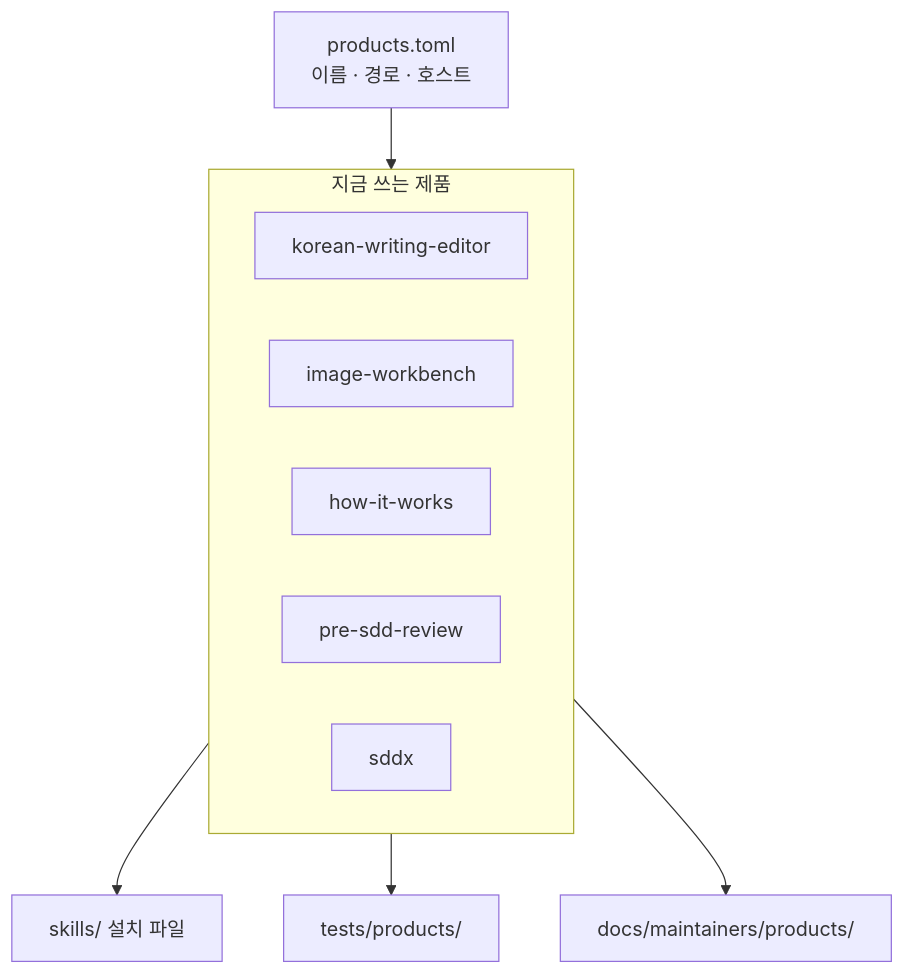
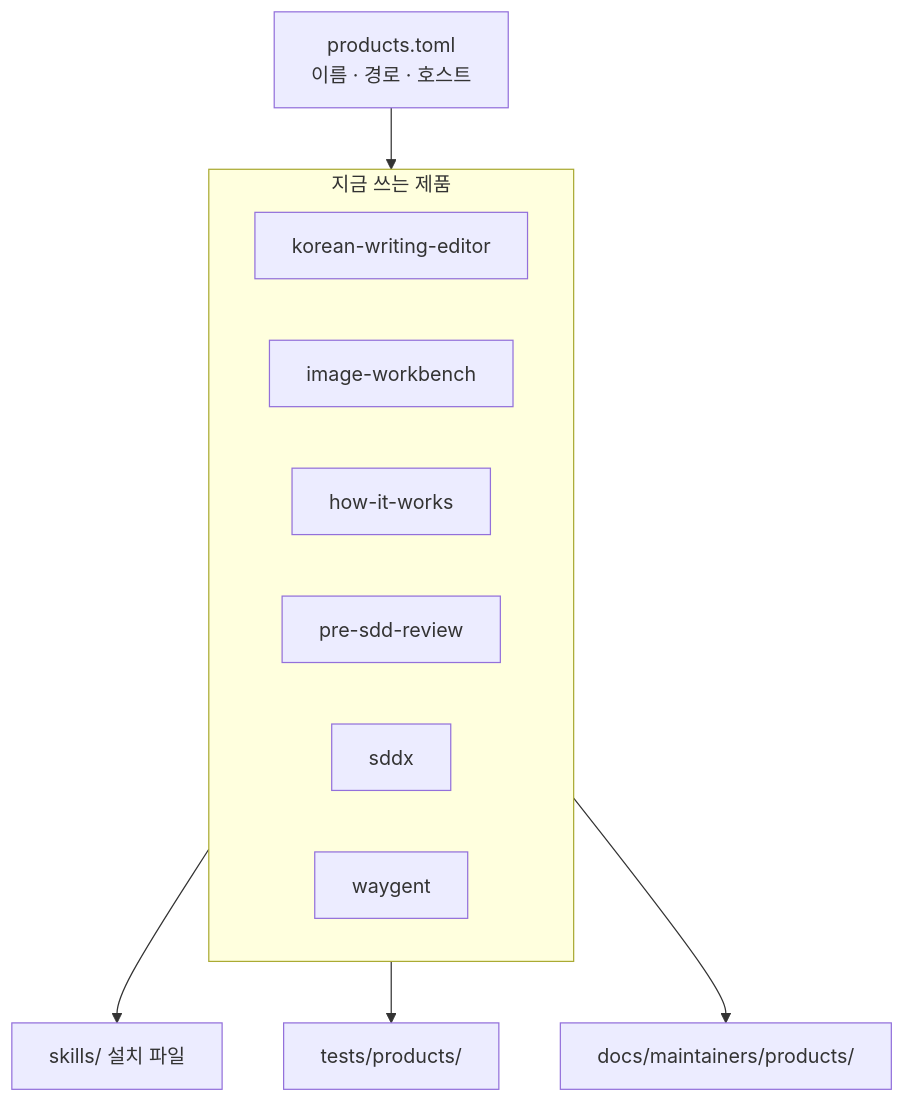
Before and after one commit to beyondwin/skills: the diagram in docs/maintainers/repository/architecture.md, drawn with Mermaid. The commit also changed other lines of this file and 43 other files, not shown here.

````diff
--- a/docs/maintainers/repository/architecture.md
+++ b/docs/maintainers/repository/architecture.md
@@ -12,15 +12,16 @@
 ```mermaid
 flowchart TB
   R["products.toml<br/>이름 · 경로 · 호스트"]
   subgraph live ["지금 쓰는 제품"]
     K[korean-writing-editor]
     I[image-workbench]
     H[how-it-works]
     P[pre-sdd-review]
     S[sddx]
+    W[waygent]
   end
   R --> live
   live --> SK["skills/ 설치 파일"]
   live --> T["tests/products/"]
   live --> D["docs/maintainers/products/"]
 ```
````
